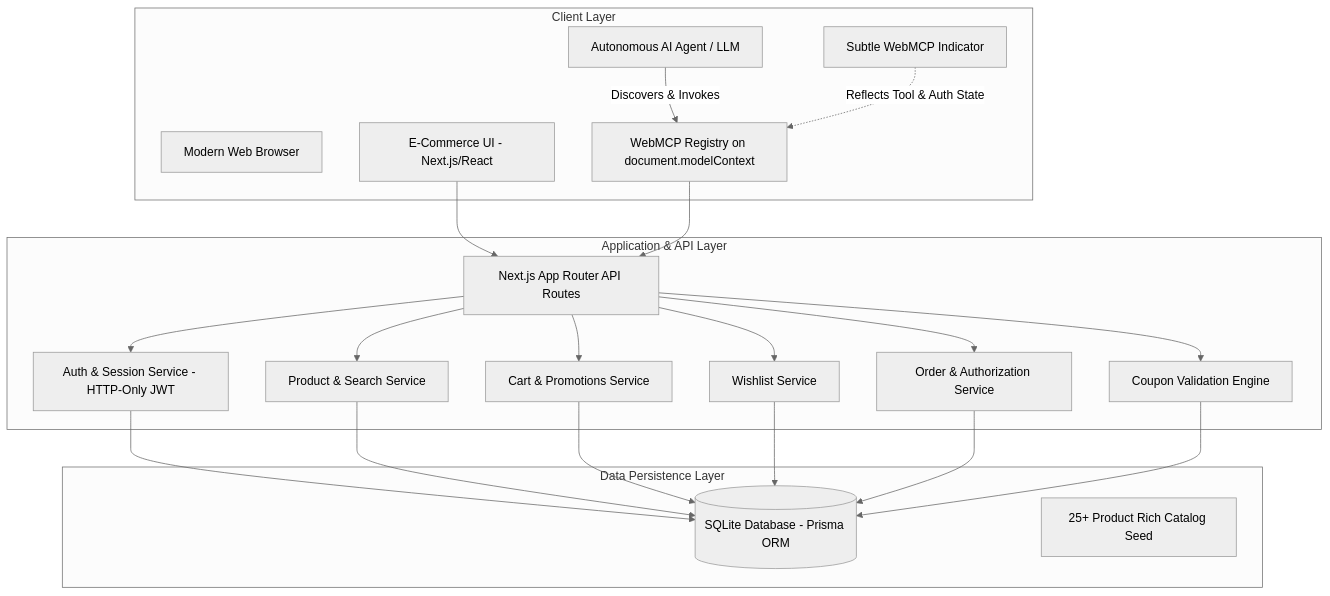
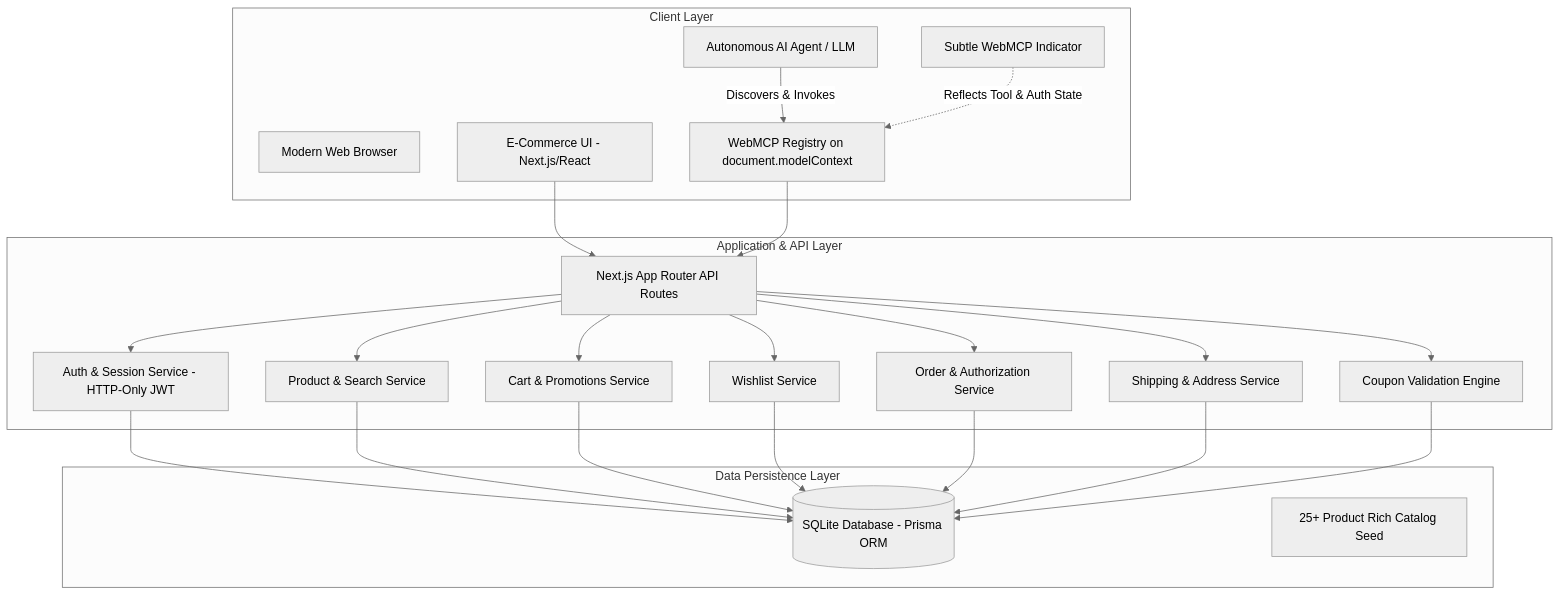
The diagram in README.md (misbah7172/AgentBridge--WebMCP-Powered-E-Commerce-Platform), drawn with Mermaid (neutral theme) before and after one commit. The commit also changed other lines of this file and 10 other files, not shown here.

Commit message:
feat: implement optional WebMCP tools, shipping estimator, address book, and CLI agent demo

````diff
--- a/README.md
+++ b/README.md
@@ -11,42 +11,45 @@
 ```mermaid
 graph TD
     subgraph Client Layer
         Browser[Modern Web Browser]
         HumanUI[E-Commerce UI - Next.js/React]
         WebMCPIndicator[Subtle WebMCP Indicator]
         WebMCPRegistry[WebMCP Registry on document.modelContext]
         AIAgent[Autonomous AI Agent / LLM]
     end
 
     subgraph Application & API Layer
         APIRoutes[Next.js App Router API Routes]
         AuthService[Auth & Session Service - HTTP-Only JWT]
         ProductService[Product & Search Service]
         CartService[Cart & Promotions Service]
         WishlistService[Wishlist Service]
         OrderService[Order & Authorization Service]
+        ShippingService[Shipping & Address Service]
         CouponService[Coupon Validation Engine]
     end
 
     subgraph Data Persistence Layer
         SQLiteDB[(SQLite Database - Prisma ORM)]
         CatalogSeed[25+ Product Rich Catalog Seed]
     end
 
     HumanUI --> APIRoutes
     AIAgent -->|Discovers & Invokes| WebMCPRegistry
     WebMCPRegistry --> APIRoutes
     WebMCPIndicator -.->|Reflects Tool & Auth State| WebMCPRegistry
     APIRoutes --> AuthService
     APIRoutes --> ProductService
     APIRoutes --> CartService
     APIRoutes --> WishlistService
     APIRoutes --> OrderService
+    APIRoutes --> ShippingService
     APIRoutes --> CouponService
     AuthService --> SQLiteDB
     ProductService --> SQLiteDB
     CartService --> SQLiteDB
     WishlistService --> SQLiteDB
     OrderService --> SQLiteDB
+    ShippingService --> SQLiteDB
     CouponService --> SQLiteDB
 ```
````
